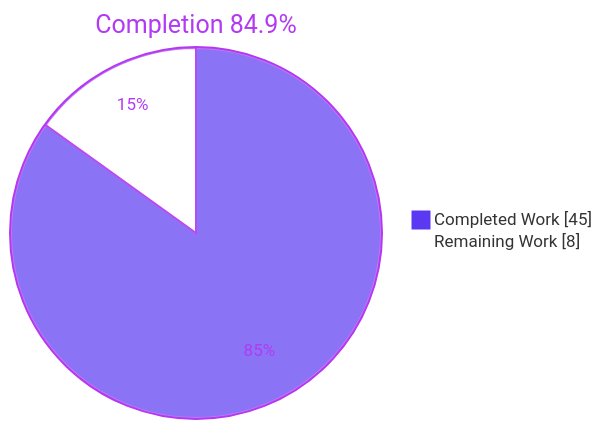
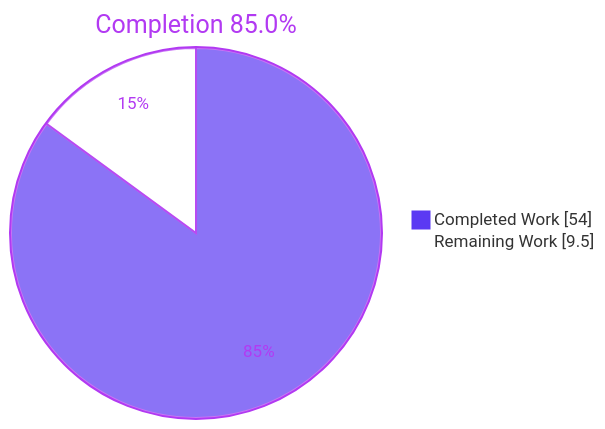
One commit to rjhonsi-blitzy/BlitzyRepo2_Java changed the first of 3 diagrams in blitzy/documentation/Project Guide.md. Above: the diagram before and after it, drawn with Mermaid. The commit also changed other lines of this file, not shown here.

Commit message:
Adding Blitzy Project Guide: Project Status and Human Tasks Remaining

````diff
--- a/blitzy/documentation/Project Guide.md
+++ b/blitzy/documentation/Project Guide.md
@@ -9,6 +9,6 @@
 ```mermaid
 %%{init: {'theme': 'base', 'themeVariables': {'pie1': '#5B39F3', 'pie2': '#FFFFFF', 'pieStrokeColor': '#B23AF2', 'pieOuterStrokeColor': '#B23AF2', 'pieSectionTextColor': '#B23AF2', 'pieTitleTextColor': '#B23AF2'}}}%%
-pie showData title Completion 84.9%
-    "Completed Work" : 45
-    "Remaining Work" : 8
+pie showData title Completion 85.0%
+    "Completed Work" : 54.0
+    "Remaining Work" : 9.5
 ```
````
